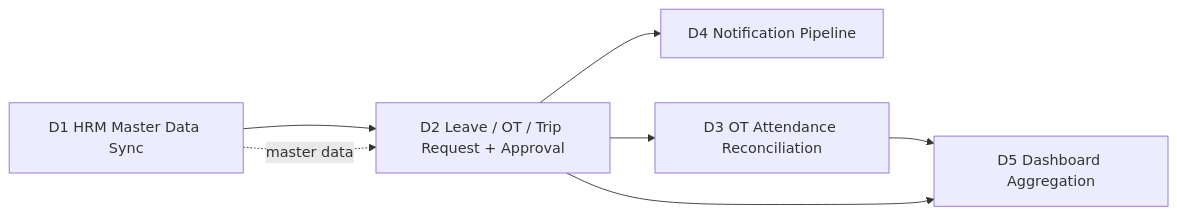
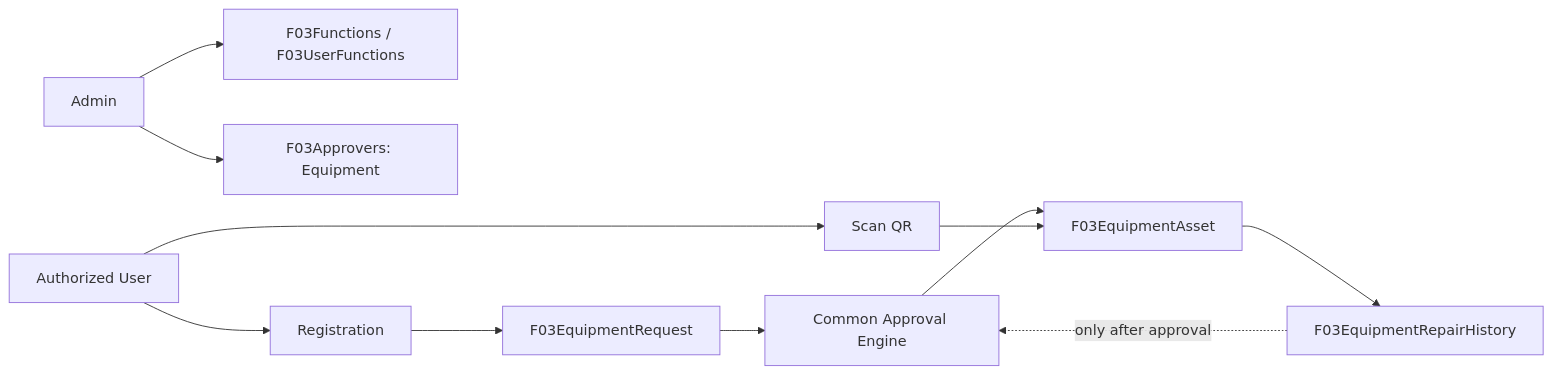
Before and after one commit to Nang0559/Reggister: the third of 4 diagrams in MÔ HÌNH/00_INDEX.md, drawn with Mermaid. The commit also changed other lines of this file, not shown here.

Commit message:
docs: add equipment module to architecture index

````diff
--- a/MÔ HÌNH/00_INDEX.md
+++ b/MÔ HÌNH/00_INDEX.md
@@ -97,9 +62,13 @@
 ```mermaid
 flowchart LR
-    D1[D1 HRM Master Data Sync] --> D2[D2 Leave / OT / Trip Request + Approval]
-    D2 --> D4[D4 Notification Pipeline]
-    D2 --> D3[D3 OT Attendance Reconciliation]
-    D3 --> D5[D5 Dashboard Aggregation]
-    D2 --> D5
-    D1 -. master data .-> D2
+ ADMIN[Admin] --> FUNC[F03Functions / F03UserFunctions]
+ ADMIN --> APPROVER[F03Approvers: Equipment]
+ USER[Authorized User] --> REG[Registration]
+ USER --> SCAN[Scan QR]
+ REG --> REQ[F03EquipmentRequest]
+ REQ --> APPROVAL[Common Approval Engine]
+ APPROVAL --> ASSET[F03EquipmentAsset]
+ SCAN --> ASSET
+ ASSET --> HISTORY[F03EquipmentRepairHistory]
+ HISTORY -. only after approval .-> APPROVAL
 ```
````
